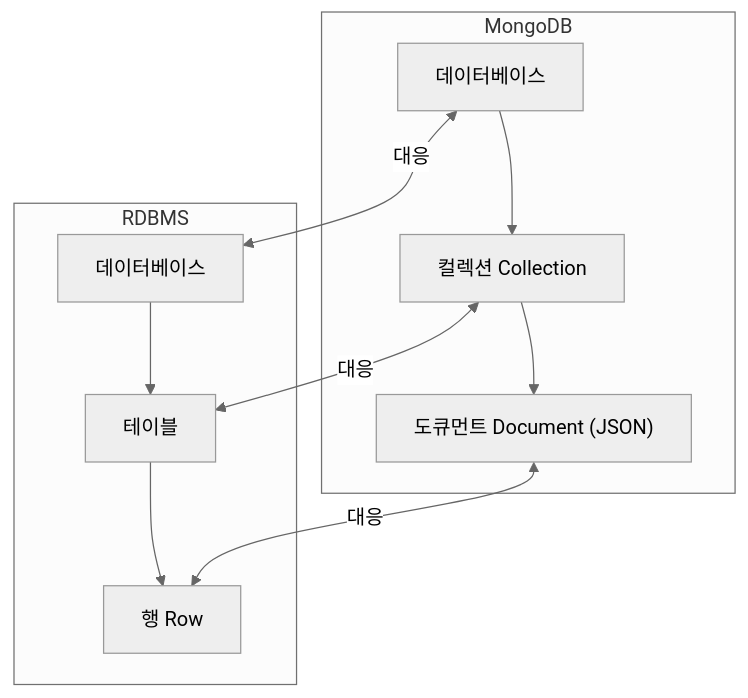
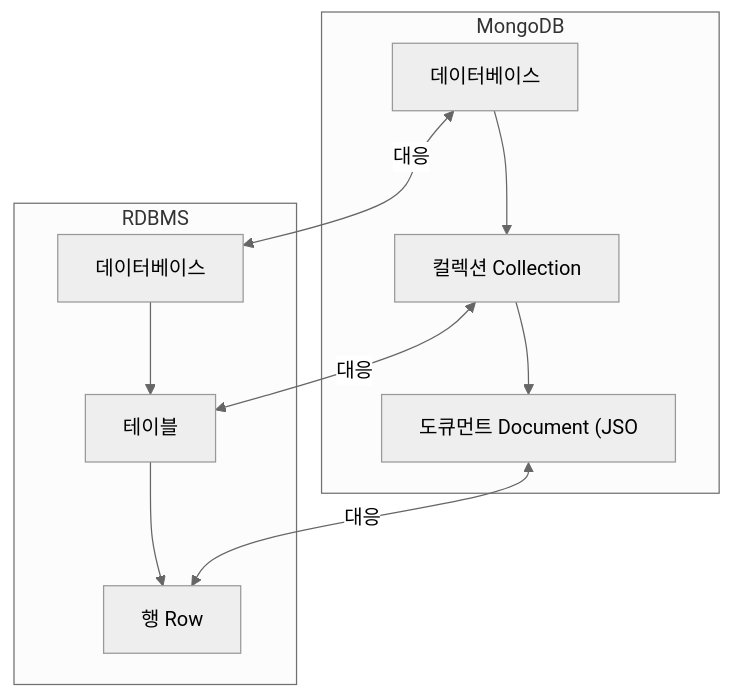
One commit to yjkim2015/yjkim2015.github.io changed the first of 7 diagrams in _posts/nosql/2026-05-02-mongodb-deep.md. Above: the diagram before and after it, drawn with Mermaid (neutral theme). The commit also changed other lines of this file and 271 other files, not shown here.

First line of the commit message:
Mermaid 라벨 축소: 긴 노드 텍스트 18자 이하로 트림 + \n 제거

````diff
--- a/_posts/nosql/2026-05-02-mongodb-deep.md
+++ b/_posts/nosql/2026-05-02-mongodb-deep.md
@@ -16,14 +16,14 @@
 ```mermaid
 graph TD
     subgraph "MongoDB"
         DB1["데이터베이스"] --> Col["컬렉션 Collection"]
-        Col --> Doc["도큐먼트 Document (JSON)"]
+        Col --> Doc["도큐먼트 Document (JSO"]
     end
     subgraph "RDBMS"
         DB2["데이터베이스"] --> Table["테이블"]
         Table --> Row["행 Row"]
     end
     DB1 <-->|"대응"| DB2
     Col <-->|"대응"| Table
     Doc <-->|"대응"| Row
 ```
````
